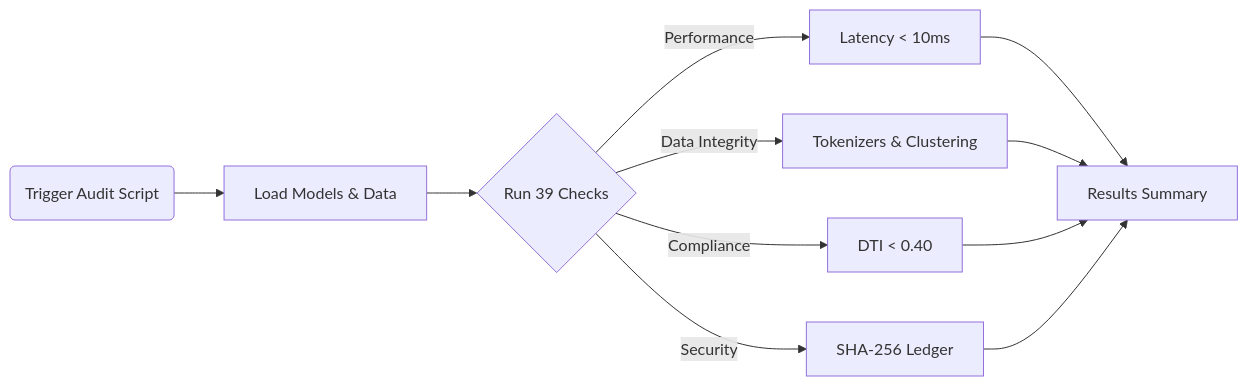
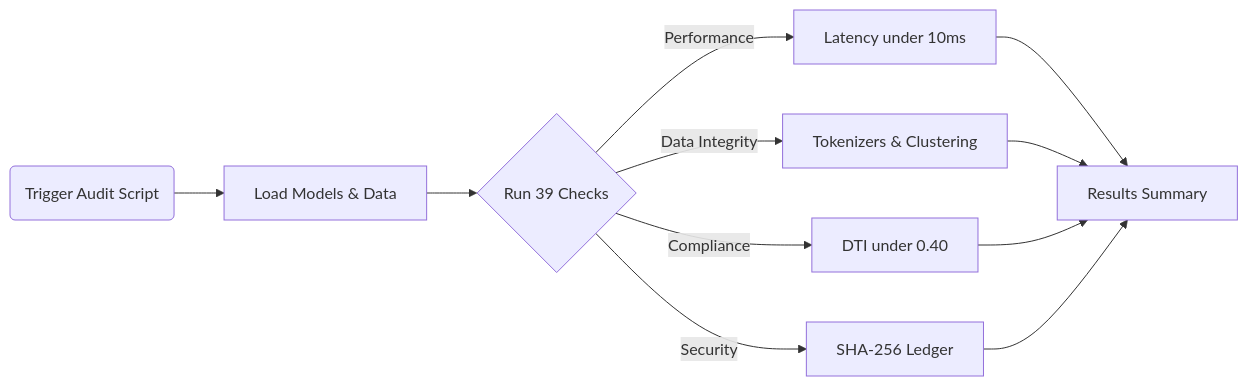
Before and after one commit to Neutron-0/ABC-Bank: the second of 2 diagrams in docs/testing/overview.md, drawn with Mermaid. The commit also changed other lines of this file and 33 other files, not shown here.

````diff
--- a/docs/testing/overview.md
+++ b/docs/testing/overview.md
@@ -52,13 +65,13 @@
 ```mermaid
 flowchart LR
     A(Trigger Audit Script) --> B[Load Models & Data]
     B --> C{Run 39 Checks}
-    C -->|Performance| D[Latency < 10ms]
+    C -->|Performance| D[Latency under 10ms]
     C -->|Data Integrity| E[Tokenizers & Clustering]
-    C -->|Compliance| F[DTI < 0.40]
+    C -->|Compliance| F[DTI under 0.40]
     C -->|Security| G[SHA-256 Ledger]
     D --> H[Results Summary]
     E --> H
     F --> H
     G --> H
 ```
````
